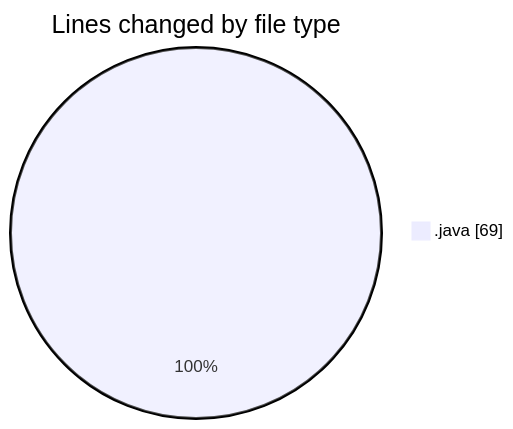
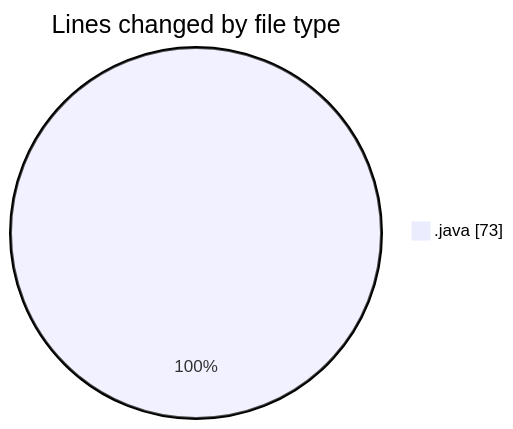
The first of 2 diagrams in 2026-04-09/chat_server/README.md (hasnaa123/code-tracking), drawn with Mermaid before and after one commit. The commit also changed other lines of this file and 1 other file, not shown here.

````diff
--- a/2026-04-09/chat_server/README.md
+++ b/2026-04-09/chat_server/README.md
@@ -22,5 +22,5 @@
 ```mermaid
 pie showData
 title Lines changed by file type
-".java" : 69
+".java" : 73
 ```
````
